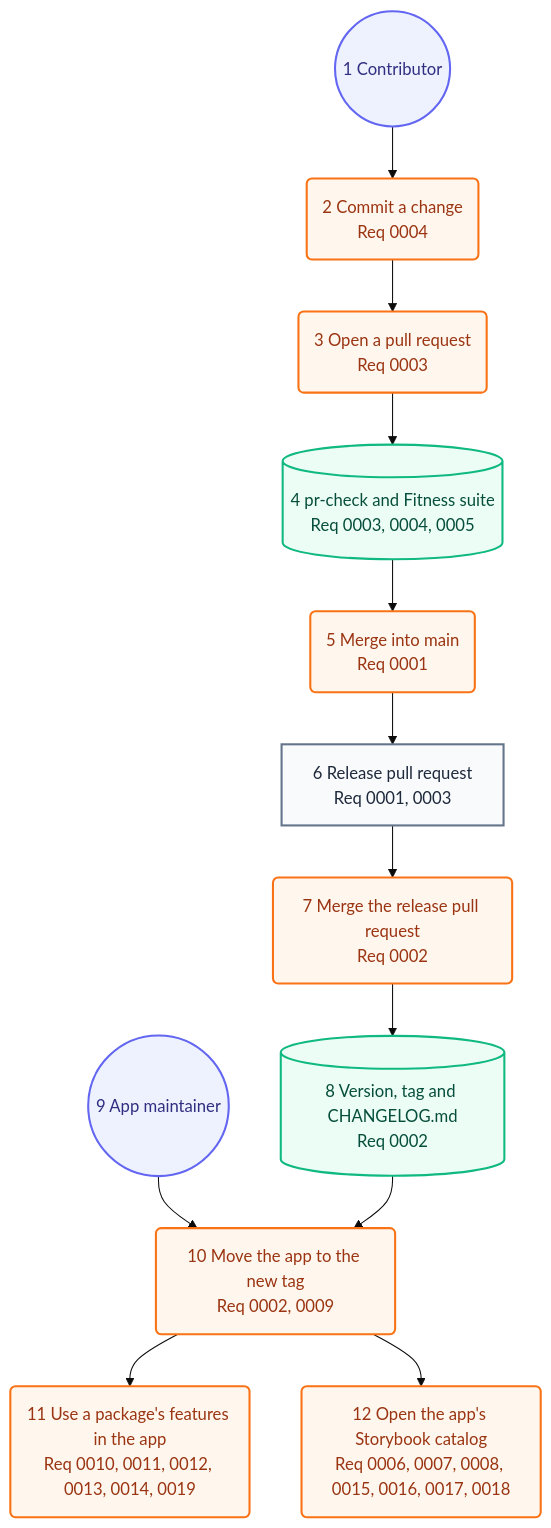
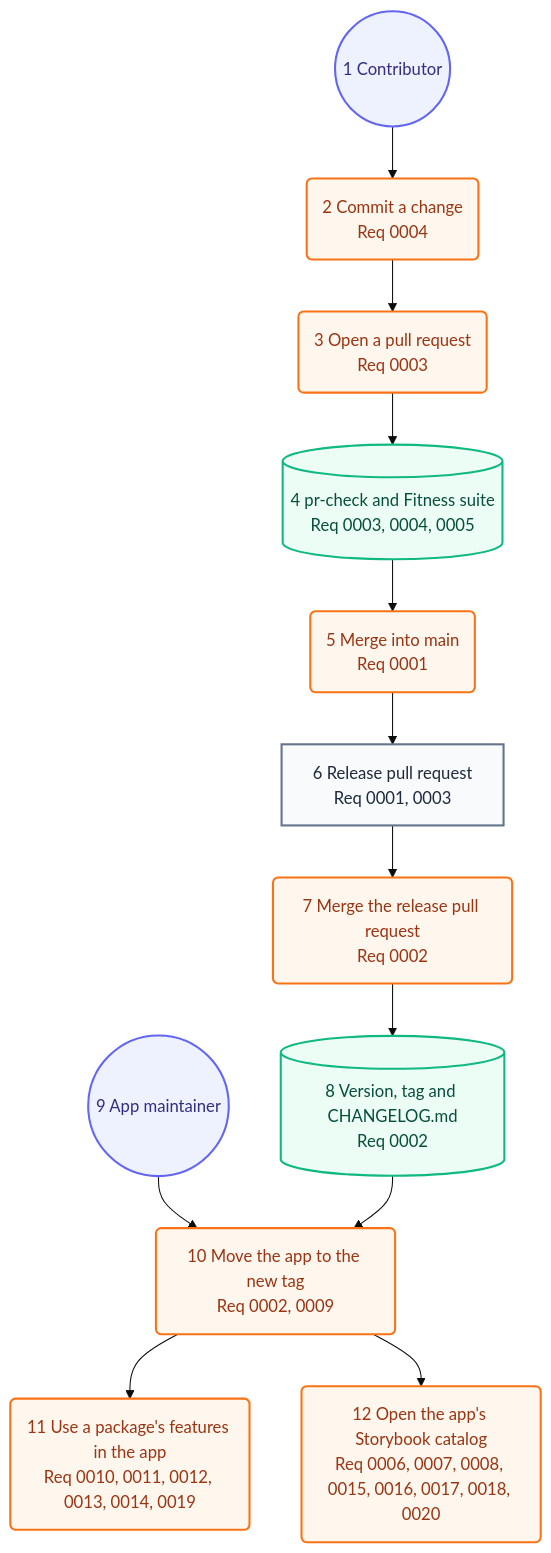
Before and after one commit to may-journal/common-swift: the second of 2 diagrams in docs/architecture/05-user-journey.md, drawn with Mermaid (base theme). The commit also changed 28 other files, not shown here.

First line of the commit message:
feat(storybook): group catalog pages by requirement

````diff
--- a/docs/architecture/05-user-journey.md
+++ b/docs/architecture/05-user-journey.md
@@ -33,32 +33,32 @@
 ```mermaid
 flowchart TB
     contributor((1 Contributor)):::persona
     commit(2 Commit a change<br/>Req 0004):::action
     open(3 Open a pull request<br/>Req 0003):::action
     checks[(4 pr-check and Fitness suite<br/>Req 0003, 0004, 0005)]:::system
     merge(5 Merge into main<br/>Req 0001):::action
     releasePR[6 Release pull request<br/>Req 0001, 0003]:::screen
     release(7 Merge the release pull request<br/>Req 0002):::action
     tag[(8 Version, tag and CHANGELOG.md<br/>Req 0002)]:::system
     maintainer((9 App maintainer)):::persona
     update(10 Move the app to the new tag<br/>Req 0002, 0009):::action
     adopt(11 Use a package's features in the app<br/>Req 0010, 0011, 0012, 0013, 0014, 0019):::action
-    storybook(12 Open the app's Storybook catalog<br/>Req 0006, 0007, 0008, 0015, 0016, 0017, 0018):::action
+    storybook(12 Open the app's Storybook catalog<br/>Req 0006, 0007, 0008, 0015, 0016, 0017, 0018, 0020):::action
 
     contributor --> commit
     commit --> open
     open --> checks
     checks --> merge
     merge --> releasePR
     releasePR --> release
     release --> tag
     maintainer --> update
     tag --> update
     update --> adopt
     update --> storybook
 
     classDef persona fill:#eef2ff,stroke:#6366f1,color:#312e81,stroke-width:2px
     classDef screen fill:#f8fafc,stroke:#64748b,color:#1e293b,stroke-width:2px
     classDef action fill:#fff7ed,stroke:#f97316,color:#9a3412,stroke-width:2px
     classDef system fill:#ecfdf5,stroke:#10b981,color:#064e3b,stroke-width:2px
 ```
````
